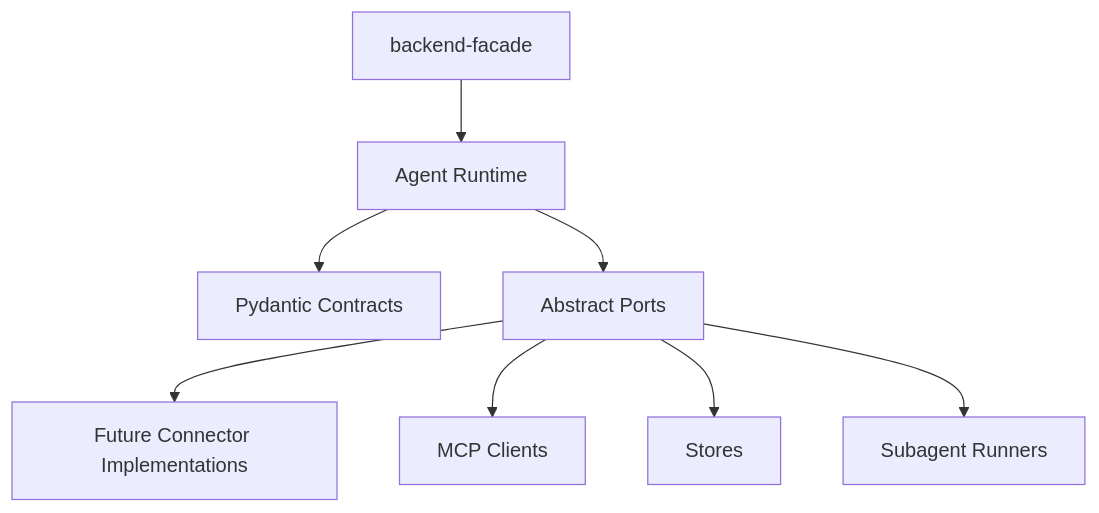
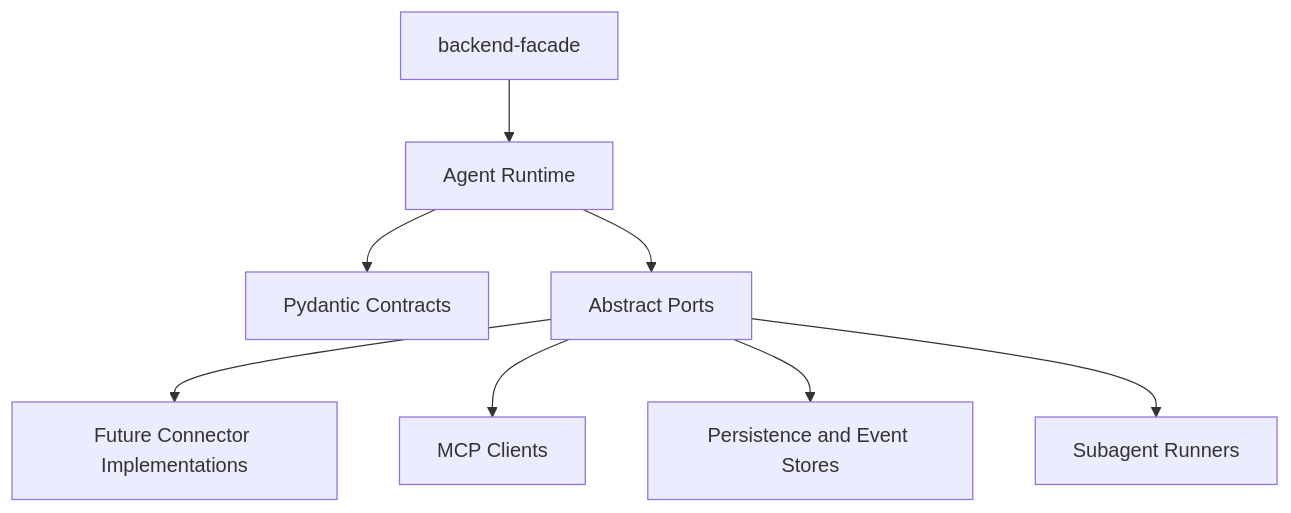
The diagram in services/ai-backend/docs/architecture/package-structure.md (0x-copilot-dev/0x-copilot), drawn with Mermaid before and after one commit. The commit also changed other lines of this file and 18 other files, not shown here.

````diff
--- a/services/ai-backend/docs/architecture/package-structure.md
+++ b/services/ai-backend/docs/architecture/package-structure.md
@@ -68,10 +72,10 @@
 ```mermaid
 flowchart TD
   Facade[backend-facade] --> AgentRuntime[Agent Runtime]
   AgentRuntime --> Contracts[Pydantic Contracts]
   AgentRuntime --> Ports[Abstract Ports]
   Ports --> Connectors[Future Connector Implementations]
   Ports --> McpClients[MCP Clients]
-  Ports --> Stores[Stores]
+  Ports --> Stores[Persistence and Event Stores]
   Ports --> Runners[Subagent Runners]
 ```
````
